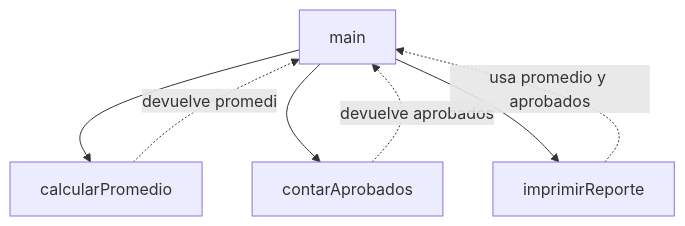
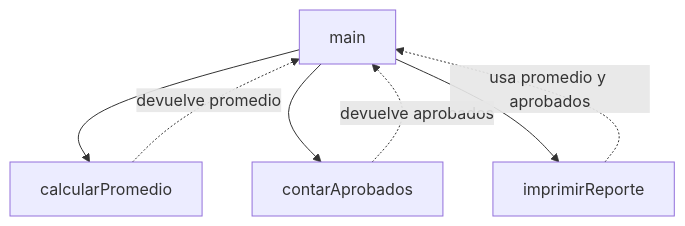
The diagram in GuiaParaConstruirProgramas/Practica1/08_metodos_y_modularizacion/README.md (edpodev/IPC1-2S-2026), drawn with Mermaid before and after one commit. The commit also changed 16 other files, not shown here.

````diff
--- a/GuiaParaConstruirProgramas/Practica1/08_metodos_y_modularizacion/README.md
+++ b/GuiaParaConstruirProgramas/Practica1/08_metodos_y_modularizacion/README.md
@@ -11,9 +11,9 @@
 ```mermaid
 flowchart TD
-    M[main] --> A[calcularPromedio]
-    M --> B[contarAprobados]
-    M --> C[imprimirReporte]
-    A -.devuelve promedio.-> M
-    B -.devuelve aprobados.-> M
-    C -.usa promedio y aprobados.-> M
+    M["main"] --> A["calcularPromedio"]
+    M --> B["contarAprobados"]
+    M --> C["imprimirReporte"]
+    A -.->|"devuelve promedio"| M
+    B -.->|"devuelve aprobados"| M
+    C -.->|"usa promedio y aprobados"| M
 ```
````
